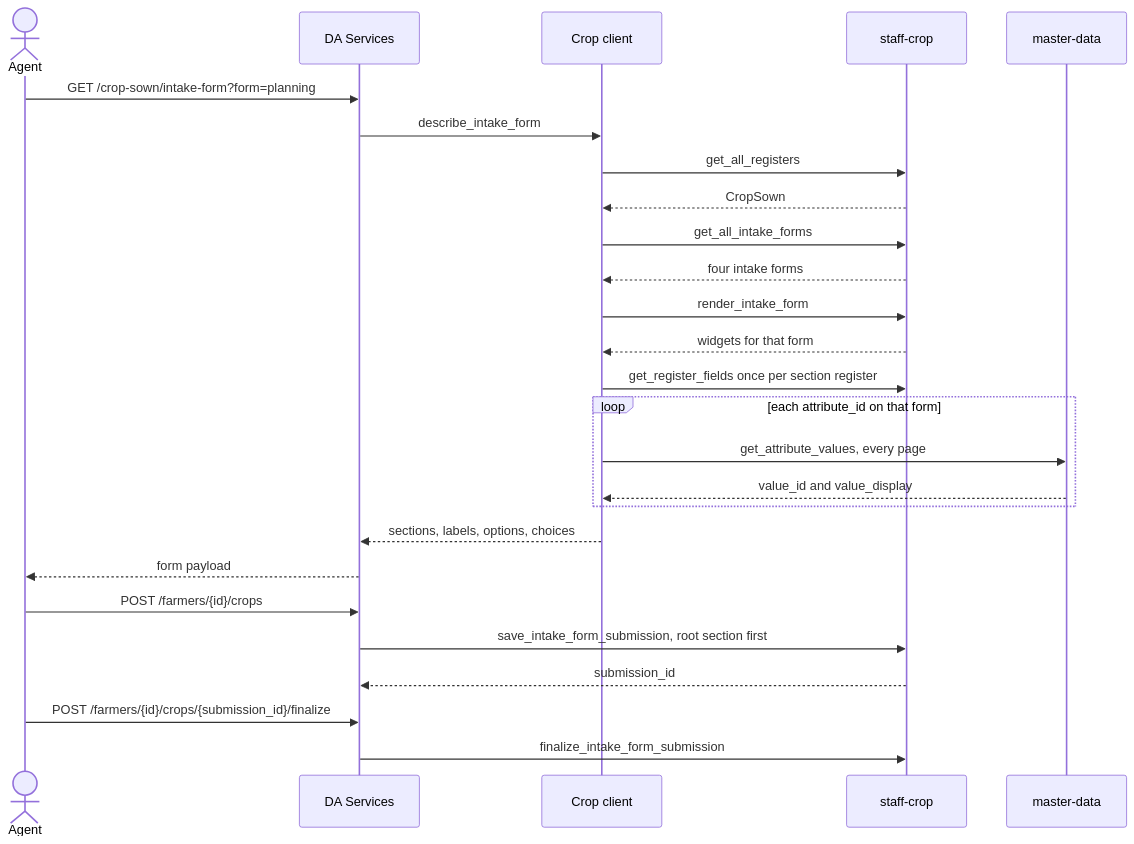
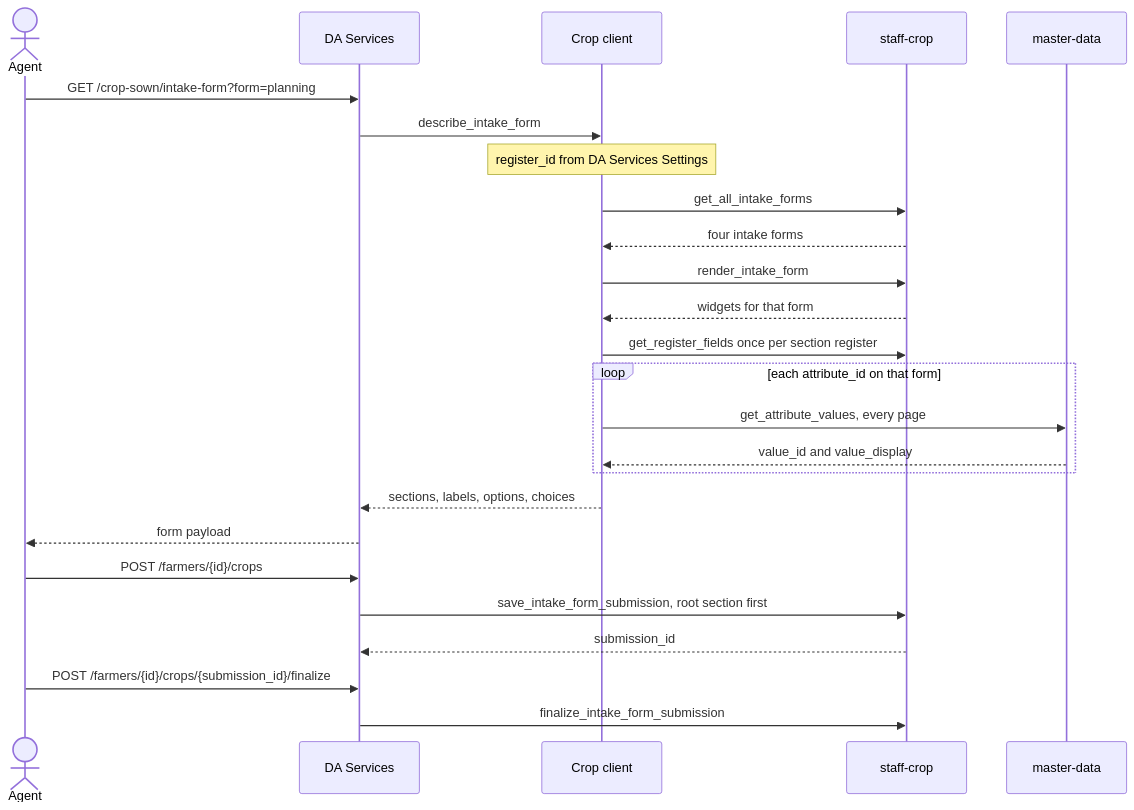
The diagram in docs/crop-sown-integration.md (Centre-for-Open-Societal-Systems/oan_da_app_services), drawn with Mermaid before and after one commit. The commit also changed other lines of this file and 17 other files, not shown here.

First line of the commit message:
feat: move Crop Sown staff config to Settings and drop discovery (DA-435)

````diff
--- a/docs/crop-sown-integration.md
+++ b/docs/crop-sown-integration.md
@@ -39,30 +39,29 @@
 ```mermaid
 sequenceDiagram
   actor Agent
   participant DA as DA Services
   participant Crop as Crop client
   participant Staff as staff-crop
   participant MD as master-data
 
   Agent->>DA: GET /crop-sown/intake-form?form=planning
   DA->>Crop: describe_intake_form
-  Crop->>Staff: get_all_registers
-  Staff-->>Crop: CropSown
+  Note over Crop: register_id from DA Services Settings
   Crop->>Staff: get_all_intake_forms
   Staff-->>Crop: four intake forms
   Crop->>Staff: render_intake_form
   Staff-->>Crop: widgets for that form
   Crop->>Staff: get_register_fields once per section register
   loop each attribute_id on that form
     Crop->>MD: get_attribute_values, every page
     MD-->>Crop: value_id and value_display
   end
   Crop-->>DA: sections, labels, options, choices
   DA-->>Agent: form payload
 
   Agent->>DA: POST /farmers/{id}/crops
   DA->>Staff: save_intake_form_submission, root section first
   Staff-->>DA: submission_id
   Agent->>DA: POST /farmers/{id}/crops/{submission_id}/finalize
   DA->>Staff: finalize_intake_form_submission
 ```
````
